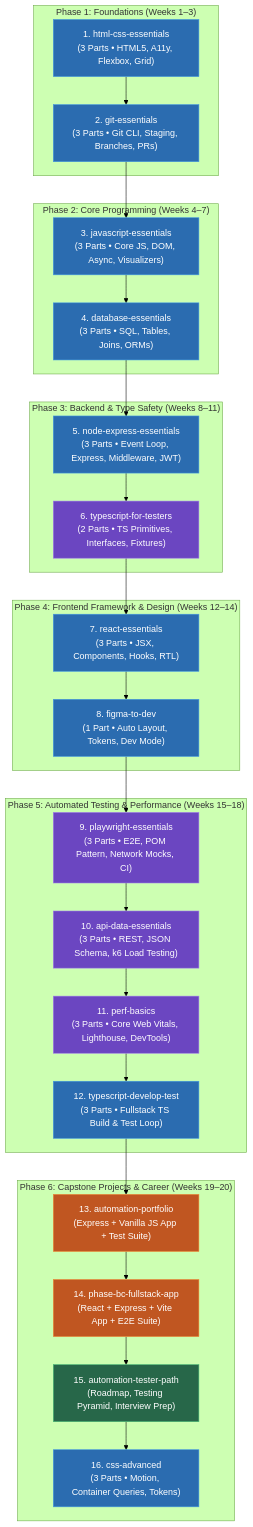
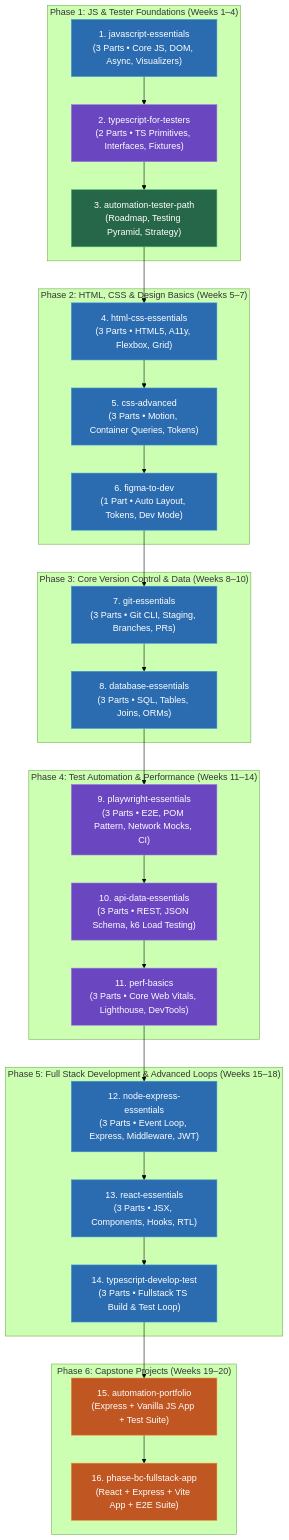
One commit to Rohithr1008/fullstack-sdet-learning-suite changed the diagram in learning_roadmap.md. Above: the diagram before and after it, drawn with Mermaid (forest theme). The commit also changed other lines of this file, not shown here.

Commit message:
docs: update learning_roadmap.md with JS & Tester First sequence for GitHub source view

````diff
--- a/learning_roadmap.md
+++ b/learning_roadmap.md
@@ -12,69 +12,69 @@
 ```mermaid
 flowchart TD
-    subgraph PHASE1["Phase 1: Foundations (Weeks 1–3)"]
-        HTML["1. html-css-essentials\n(3 Parts • HTML5, A11y, Flexbox, Grid)"]
-        GIT["2. git-essentials\n(3 Parts • Git CLI, Staging, Branches, PRs)"]
+    subgraph PHASE1["Phase 1: JS & Tester Foundations (Weeks 1–4)"]
+        JS["1. javascript-essentials\n(3 Parts • Core JS, DOM, Async, Visualizers)"]
+        TS_TESTER["2. typescript-for-testers\n(2 Parts • TS Primitives, Interfaces, Fixtures)"]
+        CAREER["3. automation-tester-path\n(Roadmap, Testing Pyramid, Strategy)"]
     end
 
-    subgraph PHASE2["Phase 2: Core Programming (Weeks 4–7)"]
-        JS["3. javascript-essentials\n(3 Parts • Core JS, DOM, Async, Visualizers)"]
-        DB["4. database-essentials\n(3 Parts • SQL, Tables, Joins, ORMs)"]
+    subgraph PHASE2["Phase 2: HTML, CSS & Design Basics (Weeks 5–7)"]
+        HTML["4. html-css-essentials\n(3 Parts • HTML5, A11y, Flexbox, Grid)"]
+        CSS_ADV["5. css-advanced\n(3 Parts • Motion, Container Queries, Tokens)"]
+        FIGMA["6. figma-to-dev\n(1 Part • Auto Layout, Tokens, Dev Mode)"]
     end
 
-    subgraph PHASE3["Phase 3: Backend & Type Safety (Weeks 8–11)"]
-        NODE["5. node-express-essentials\n(3 Parts • Event Loop, Express, Middleware, JWT)"]
-        TS_TESTER["6. typescript-for-testers\n(2 Parts • TS Primitives, Interfaces, Fixtures)"]
+    subgraph PHASE3["Phase 3: Core Version Control & Data (Weeks 8–10)"]
+        GIT["7. git-essentials\n(3 Parts • Git CLI, Staging, Branches, PRs)"]
+        DB["8. database-essentials\n(3 Parts • SQL, Tables, Joins, ORMs)"]
     end
 
-    subgraph PHASE4["Phase 4: Frontend Framework & Design (Weeks 12–14)"]
-        REACT["7. react-essentials\n(3 Parts • JSX, Components, Hooks, RTL)"]
-        FIGMA["8. figma-to-dev\n(1 Part • Auto Layout, Tokens, Dev Mode)"]
-    end
-
-    subgraph PHASE5["Phase 5: Automated Testing & Performance (Weeks 15–18)"]
+    subgraph PHASE4["Phase 4: Test Automation & Performance (Weeks 11–14)"]
         PW["9. playwright-essentials\n(3 Parts • E2E, POM Pattern, Network Mocks, CI)"]
         API["10. api-data-essentials\n(3 Parts • REST, JSON Schema, k6 Load Testing)"]
         PERF["11. perf-basics\n(3 Parts • Core Web Vitals, Lighthouse, DevTools)"]
-        TS_DEV["12. typescript-develop-test\n(3 Parts • Fullstack TS Build & Test Loop)"]
     end
 
-    subgraph PHASE6["Phase 6: Capstone Projects & Career (Weeks 19–20)"]
-        CAP1["13. automation-portfolio\n(Express + Vanilla JS App + Test Suite)"]
-        CAP2["14. phase-bc-fullstack-app\n(React + Express + Vite App + E2E Suite)"]
-        CAREER["15. automation-tester-path\n(Roadmap, Testing Pyramid, Interview Prep)"]
-        CSS_ADV["16. css-advanced\n(3 Parts • Motion, Container Queries, Tokens)"]
+    subgraph PHASE5["Phase 5: Full Stack Development & Advanced Loops (Weeks 15–18)"]
+        NODE["12. node-express-essentials\n(3 Parts • Event Loop, Express, Middleware, JWT)"]
+        REACT["13. react-essentials\n(3 Parts • JSX, Components, Hooks, RTL)"]
+        TS_DEV["14. typescript-develop-test\n(3 Parts • Fullstack TS Build & Test Loop)"]
     end
 
-    HTML --> GIT
-    GIT --> JS
-    JS --> DB
-    DB --> NODE
-    NODE --> TS_TESTER
-    TS_TESTER --> REACT
-    REACT --> FIGMA
-    FIGMA --> PW
+    subgraph PHASE6["Phase 6: Capstone Projects (Weeks 19–20)"]
+        CAP1["15. automation-portfolio\n(Express + Vanilla JS App + Test Suite)"]
+        CAP2["16. phase-bc-fullstack-app\n(React + Express + Vite App + E2E Suite)"]
+    end
+
+    JS --> TS_TESTER
+    TS_TESTER --> CAREER
+    CAREER --> HTML
+    HTML --> CSS_ADV
+    CSS_ADV --> FIGMA
+    FIGMA --> GIT
+    GIT --> DB
+    DB --> PW
     PW --> API
     API --> PERF
-    PERF --> TS_DEV
+    PERF --> NODE
+    NODE --> REACT
+    REACT --> TS_DEV
     TS_DEV --> CAP1
     CAP1 --> CAP2
-    CAP2 --> CAREER
-    CAREER --> CSS_ADV
 
+    style JS fill:#2b6cb0,color:#fff,stroke:#4299e1
+    style TS_TESTER fill:#6b46c1,color:#fff,stroke:#9f7aea
+    style CAREER fill:#276749,color:#fff,stroke:#48bb78
     style HTML fill:#2b6cb0,color:#fff,stroke:#4299e1
+    style CSS_ADV fill:#2b6cb0,color:#fff,stroke:#4299e1
+    style FIGMA fill:#2b6cb0,color:#fff,stroke:#4299e1
     style GIT fill:#2b6cb0,color:#fff,stroke:#4299e1
-    style JS fill:#2b6cb0,color:#fff,stroke:#4299e1
     style DB fill:#2b6cb0,color:#fff,stroke:#4299e1
-    style NODE fill:#2b6cb0,color:#fff,stroke:#4299e1
-    style TS_TESTER fill:#6b46c1,color:#fff,stroke:#9f7aea
-    style REACT fill:#2b6cb0,color:#fff,stroke:#4299e1
-    style FIGMA fill:#2b6cb0,color:#fff,stroke:#4299e1
     style PW fill:#6b46c1,color:#fff,stroke:#9f7aea
     style API fill:#6b46c1,color:#fff,stroke:#9f7aea
     style PERF fill:#6b46c1,color:#fff,stroke:#9f7aea
+    style NODE fill:#2b6cb0,color:#fff,stroke:#4299e1
+    style REACT fill:#2b6cb0,color:#fff,stroke:#4299e1
     style TS_DEV fill:#2b6cb0,color:#fff,stroke:#4299e1
     style CAP1 fill:#c05621,color:#fff,stroke:#ed8936
     style CAP2 fill:#c05621,color:#fff,stroke:#ed8936
-    style CAREER fill:#276749,color:#fff,stroke:#48bb78
-    style CSS_ADV fill:#2b6cb0,color:#fff,stroke:#4299e1
 ```
````
